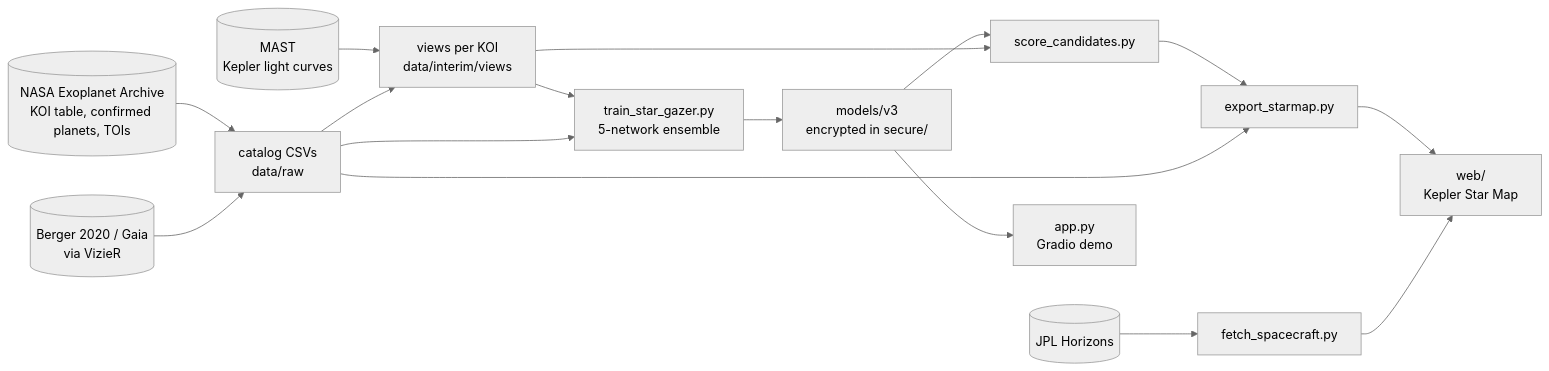
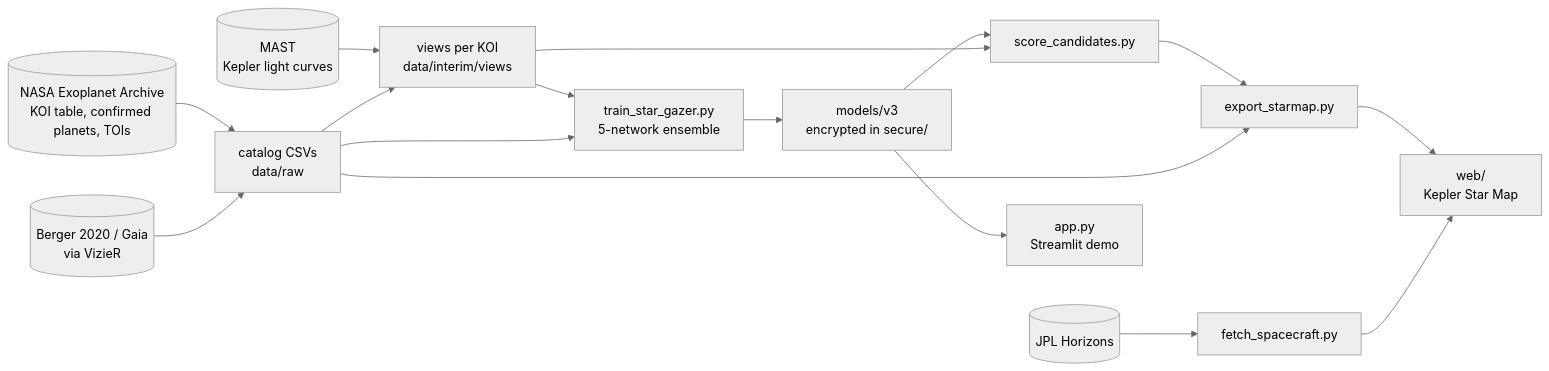
The diagram in CONTRIBUTING.md (med27-coder/cv-project-kepler-exoplanet-detection-inventory), drawn with Mermaid (neutral theme) before and after one commit. The commit also changed 18 other files, not shown here.

First line of the commit message:
Star Gazer demo on Streamlit instead of Gradio; Pillow 13 (24 security fixes)

````diff
--- a/CONTRIBUTING.md
+++ b/CONTRIBUTING.md
@@ -8,18 +8,18 @@
 ```mermaid
 flowchart LR
     NASA[(NASA Exoplanet Archive<br/>KOI table, confirmed planets, TOIs)] --> CAT[catalog CSVs<br/>data/raw]
     MAST[(MAST<br/>Kepler light curves)] --> VIEWS[views per KOI<br/>data/interim/views]
     CAT --> VIEWS
     GAIA[(Berger 2020 / Gaia<br/>via VizieR)] --> CAT
     VIEWS --> TRAIN[train_star_gazer.py<br/>5-network ensemble]
     CAT --> TRAIN
     TRAIN --> MODEL[models/v3<br/>encrypted in secure/]
     MODEL --> SCORE[score_candidates.py]
     VIEWS --> SCORE
     SCORE --> EXPORT[export_starmap.py]
     CAT --> EXPORT
     HORIZONS[(JPL Horizons)] --> CRAFT[fetch_spacecraft.py]
     EXPORT --> WEB[web/<br/>Kepler Star Map]
     CRAFT --> WEB
-    MODEL --> APP[app.py<br/>Gradio demo]
+    MODEL --> APP[app.py<br/>Streamlit demo]
 ```
````
